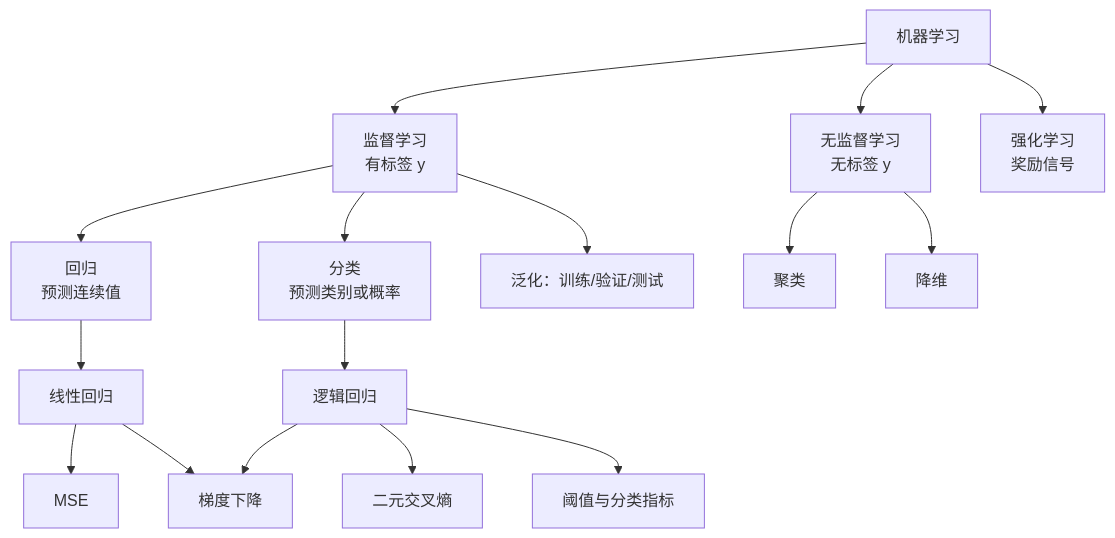
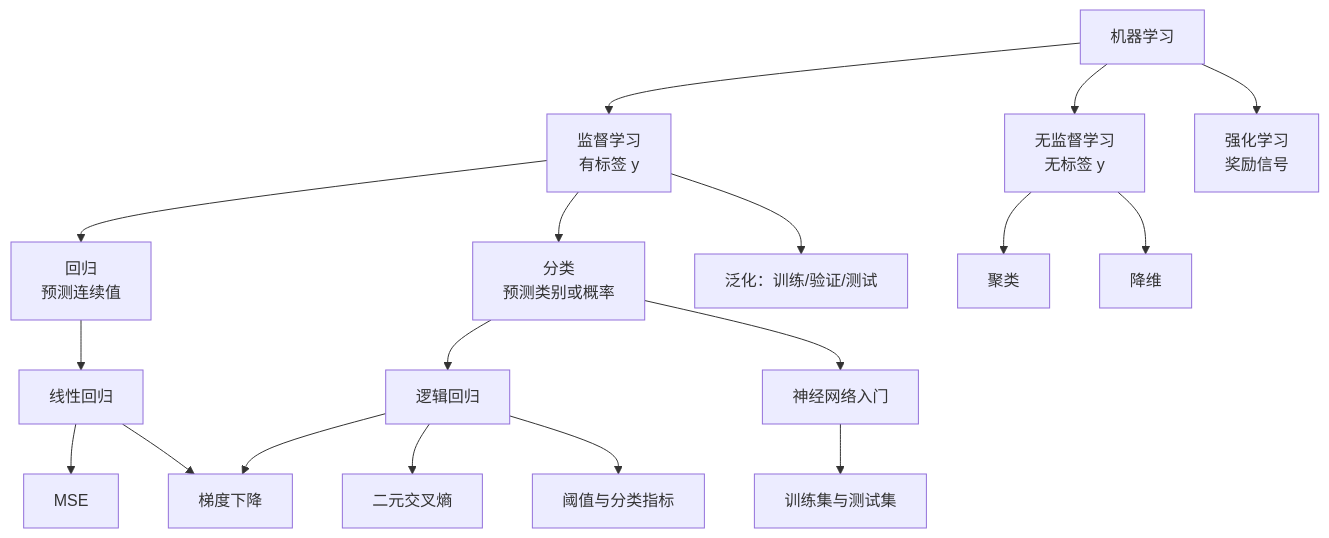
One commit to sinuosun/MachineLearningNote changed the diagram in ML/00 ML Index.md. Above: the diagram before and after it, drawn with Mermaid. The commit also changed other lines of this file and 17 other files, not shown here.

````diff
--- a/ML/00 ML Index.md
+++ b/ML/00 ML Index.md
@@ -10,18 +10,20 @@
 ```mermaid
 flowchart TD
     ML[机器学习] --> SL[监督学习\n有标签 y]
     ML --> UL[无监督学习\n无标签 y]
     ML --> RL[强化学习\n奖励信号]
     SL --> REG[回归\n预测连续值]
     SL --> CLS[分类\n预测类别或概率]
     REG --> LR[线性回归]
     CLS --> LOG[逻辑回归]
     LR --> MSE[MSE]
     LOG --> BCE[二元交叉熵]
     LOG --> TH[阈值与分类指标]
+    CLS --> NN[神经网络入门]
+    NN --> SPLIT[训练集与测试集]
     LR --> GD[梯度下降]
     LOG --> GD
     SL --> GEN[泛化：训练/验证/测试]
     UL --> CLU[聚类]
     UL --> DR[降维]
 ```
````
